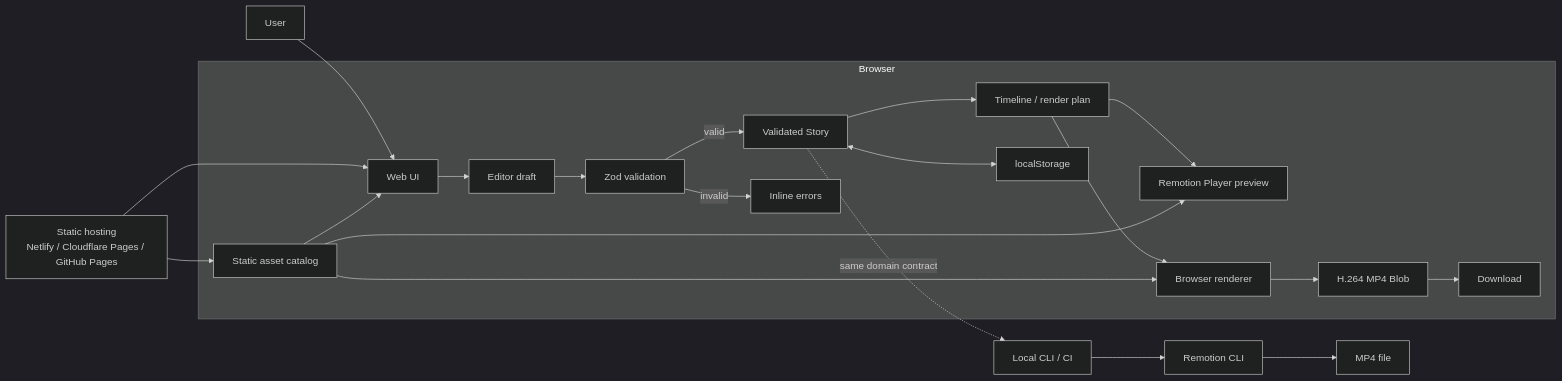
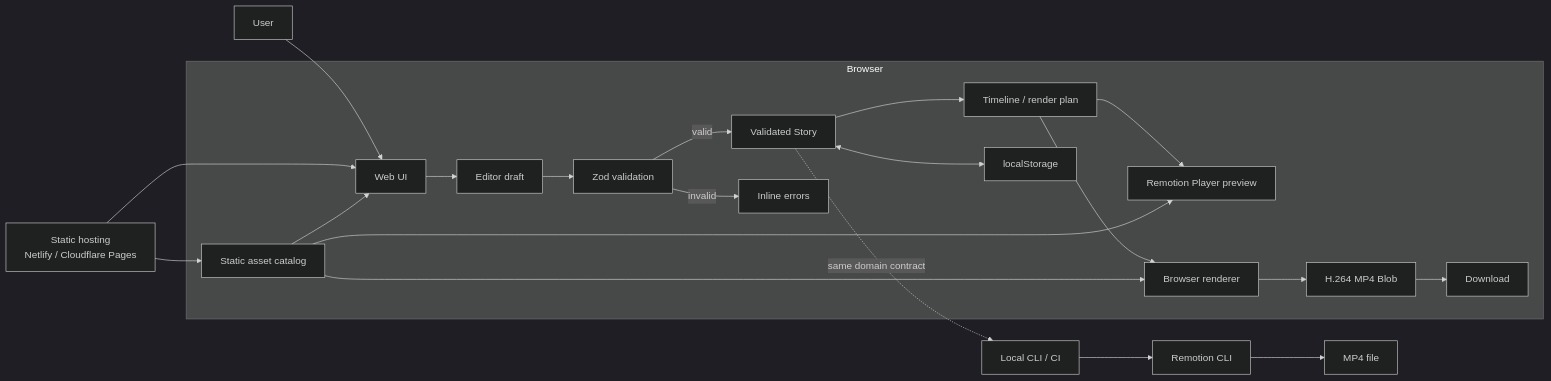
Before and after one commit to juanse-dev/tora-video-engine: the first of 2 diagrams in docs/web/README.md, drawn with Mermaid (dark theme). The commit also changed other lines of this file, not shown here.

Commit message:
docs: tighten web hosting and render bounds

```diff
--- a/docs/web/README.md
+++ b/docs/web/README.md
@@ -43,29 +45,29 @@
 ~~~mermaid
 flowchart LR
     U[User] --> UI[Web UI]
 
-    H[Static hosting<br/>Netlify / Cloudflare Pages / GitHub Pages] --> UI
+    H[Static hosting<br/>Netlify / Cloudflare Pages] --> UI
     H --> A[Static asset catalog]
 
     subgraph Browser
       UI --> D[Editor draft]
       D --> V[Zod validation]
       V -->|valid| S[Validated Story]
       V -->|invalid| E[Inline errors]
 
       S --> T[Timeline / render plan]
       T --> P[Remotion Player preview]
       T --> R[Browser renderer]
       A --> UI
       A --> P
       A --> R
 
       S <--> L[localStorage]
       R --> M[H.264 MP4 Blob]
       M --> DL[Download]
     end
 
     S -. same domain contract .-> CLI[Local CLI / CI]
     CLI --> RC[Remotion CLI]
     RC --> F[MP4 file]
 ~~~
```
